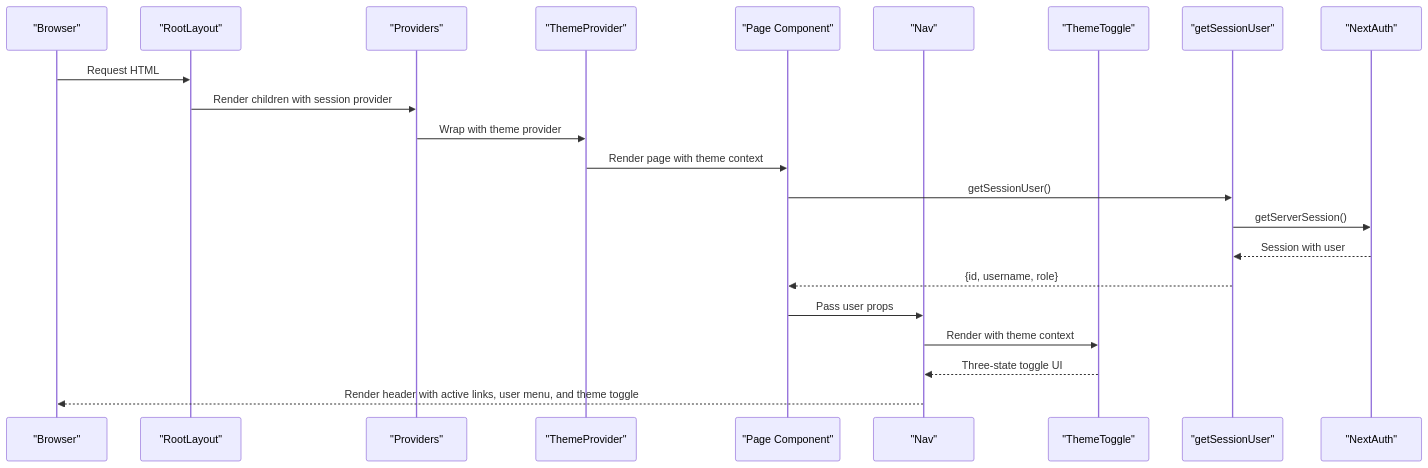
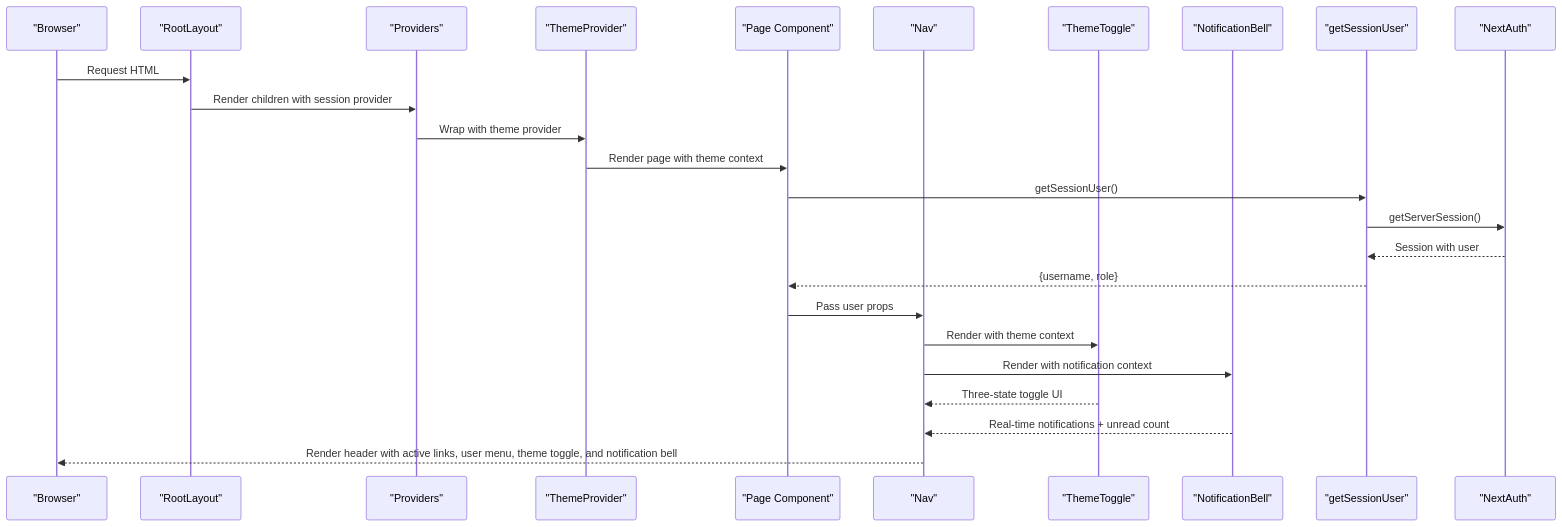
Before and after one commit to jrj444/git-daily: the second of 10 diagrams in .qoder/repowiki/en/content/Frontend Components/Navigation and UI Elements.md, drawn with Mermaid. The commit also changed other lines of this file and 12 other files, not shown here.

````diff
--- a/.qoder/repowiki/en/content/Frontend Components/Navigation and UI Elements.md
+++ b/.qoder/repowiki/en/content/Frontend Components/Navigation and UI Elements.md
@@ -165,24 +192,27 @@
 ```mermaid
 sequenceDiagram
 participant Browser as "Browser"
 participant Layout as "RootLayout"
 participant Providers as "Providers"
 participant ThemeProvider as "ThemeProvider"
 participant Page as "Page Component"
 participant Nav as "Nav"
 participant ThemeToggle as "ThemeToggle"
+participant NotificationBell as "NotificationBell"
 participant Session as "getSessionUser"
 participant Auth as "NextAuth"
 Browser->>Layout : Request HTML
 Layout->>Providers : Render children with session provider
 Providers->>ThemeProvider : Wrap with theme provider
 ThemeProvider->>Page : Render page with theme context
 Page->>Session : getSessionUser()
 Session->>Auth : getServerSession()
 Auth-->>Session : Session with user
-Session-->>Page : {id, username, role}
+Session-->>Page : {username, role}
 Page->>Nav : Pass user props
 Nav->>ThemeToggle : Render with theme context
+Nav->>NotificationBell : Render with notification context
 ThemeToggle-->>Nav : Three-state toggle UI
-Nav-->>Browser : Render header with active links, user menu, and theme toggle
+NotificationBell-->>Nav : Real-time notifications + unread count
+Nav-->>Browser : Render header with active links, user menu, theme toggle, and notification bell
 ```
````
